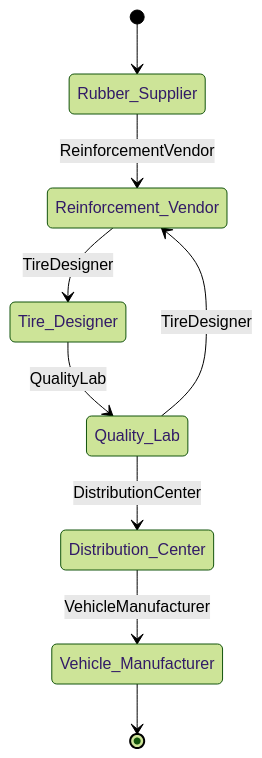
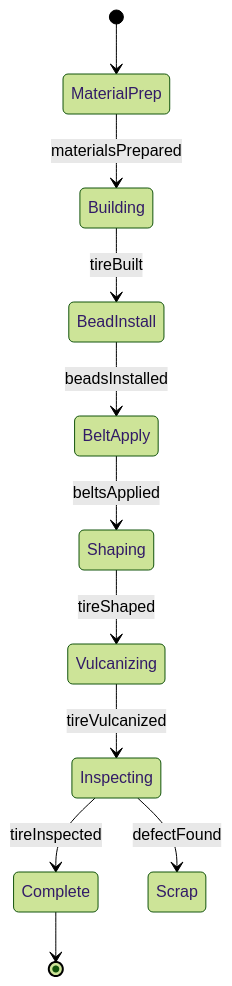
One commit to dot-org-ai/tasks.org.ai changed the second of 4 diagrams in HandlingAndMovingObjects/AssembleProductsOrWorkAids/AssembleTires.mdx. Above: the diagram before and after it, drawn with Mermaid (forest theme). The commit also changed other lines of this file and 515 other files, not shown here.

````diff
--- a/HandlingAndMovingObjects/AssembleProductsOrWorkAids/AssembleTires.mdx
+++ b/HandlingAndMovingObjects/AssembleProductsOrWorkAids/AssembleTires.mdx
@@ -101,11 +99,13 @@
 ```mermaid
 stateDiagram-v2
-    [*] --> Rubber_Supplier
-    Rubber_Supplier --> Reinforcement_Vendor: ReinforcementVendor
-    Reinforcement_Vendor --> Tire_Designer: TireDesigner
-    Tire_Designer --> Quality_Lab: QualityLab
-    Quality_Lab --> Distribution_Center: DistributionCenter
-    Distribution_Center --> Vehicle_Manufacturer: VehicleManufacturer
-    Quality_Lab --> Reinforcement_Vendor: TireDesigner
-    Vehicle_Manufacturer --> [*]
+    [*] --> MaterialPrep
+    MaterialPrep --> Building : materialsPrepared
+    Building --> BeadInstall : tireBuilt
+    BeadInstall --> BeltApply : beadsInstalled
+    BeltApply --> Shaping : beltsApplied
+    Shaping --> Vulcanizing : tireShaped
+    Vulcanizing --> Inspecting : tireVulcanized
+    Inspecting --> Complete : tireInspected
+    Inspecting --> Scrap : defectFound
+    Complete --> [*]
 ```
````
